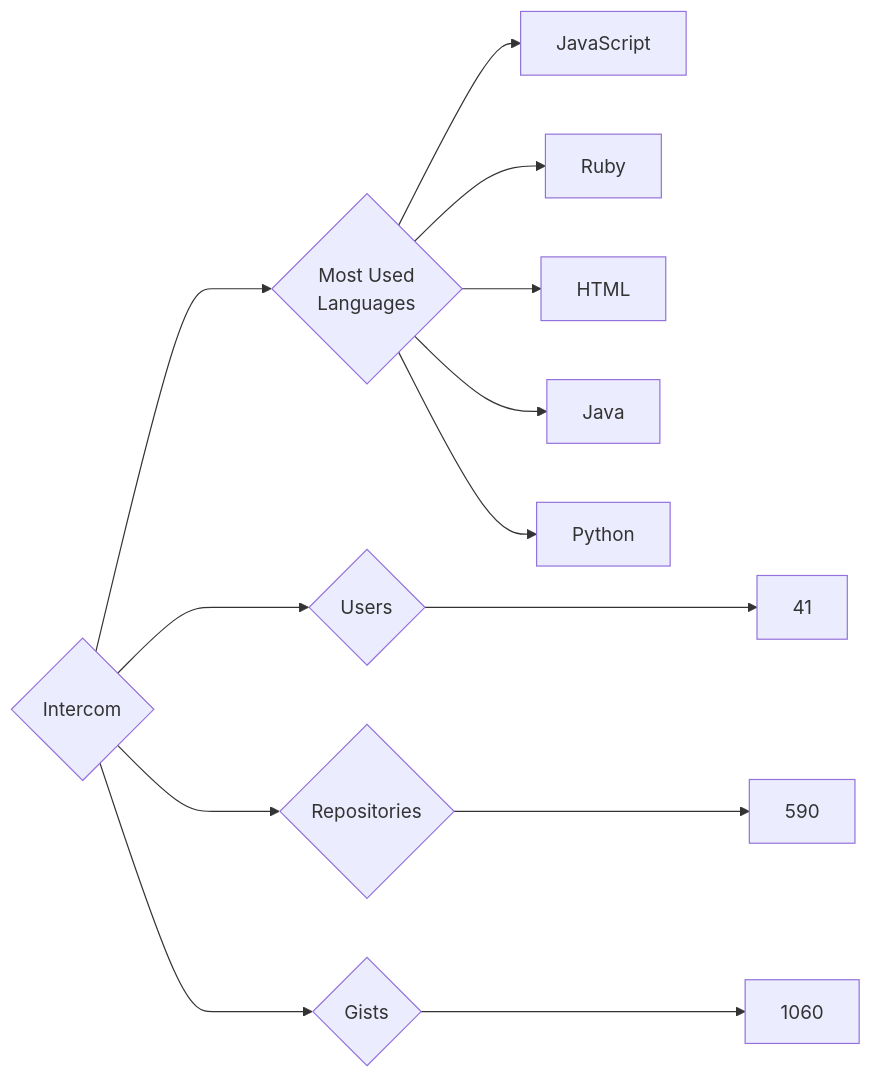
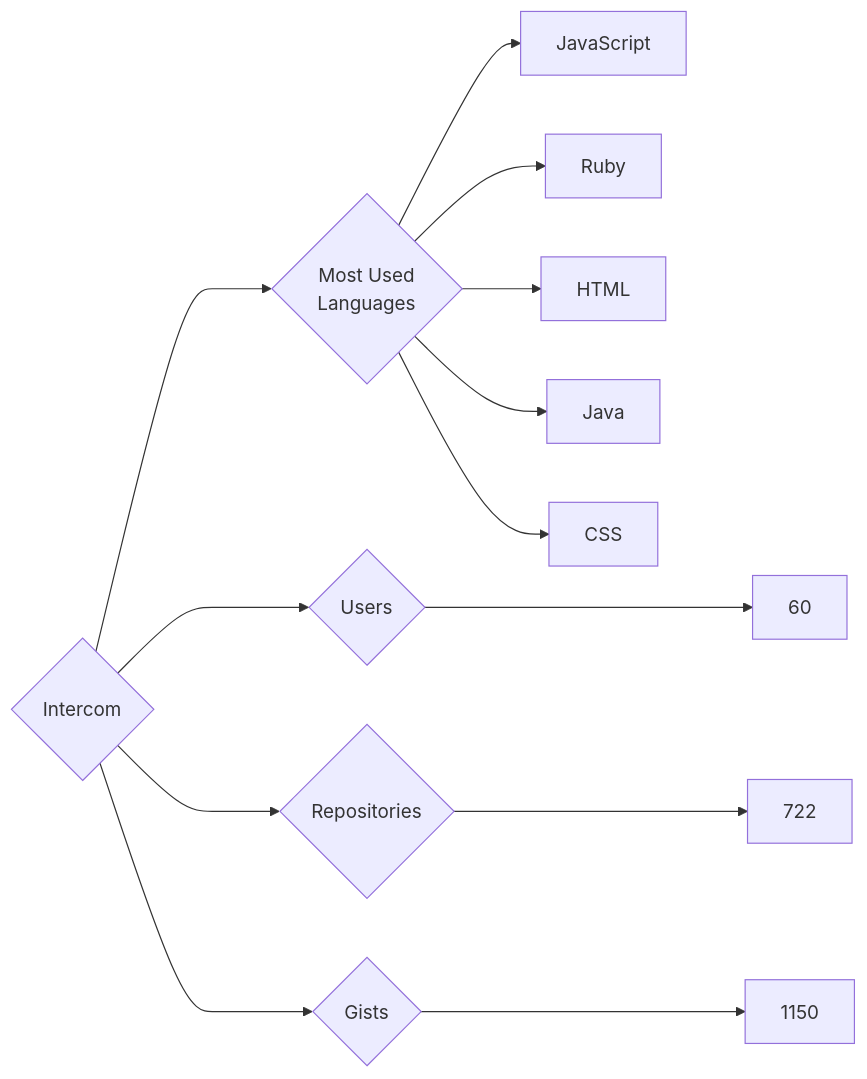
One commit to trickest/insiders changed the diagram in targets/Intercom/README.md. Above: the diagram before and after it, drawn with Mermaid. The commit also changed 870 other files, not shown here.

````diff
--- a/targets/Intercom/README.md
+++ b/targets/Intercom/README.md
@@ -3,13 +3,13 @@
 ```mermaid
 graph LR
 COMPANY_NAME{Intercom}
-COMPANY_NAME ---> U{Users} ---> UN[41]
-COMPANY_NAME ---> R{Repositories} ---> RN[590]
-COMPANY_NAME ---> G{Gists} ---> GN[1060]
+COMPANY_NAME ---> U{Users} ---> UN[60]
+COMPANY_NAME ---> R{Repositories} ---> RN[722]
+COMPANY_NAME ---> G{Gists} ---> GN[1150]
 COMPANY_NAME ---> ML{Most Used<br>Languages}
 ML --> JavaScript[JavaScript]
 ML --> Ruby[Ruby]
 ML --> HTML[HTML]
 ML --> Java[Java]
-ML --> Python[Python]
+ML --> CSS[CSS]
 ```
````
